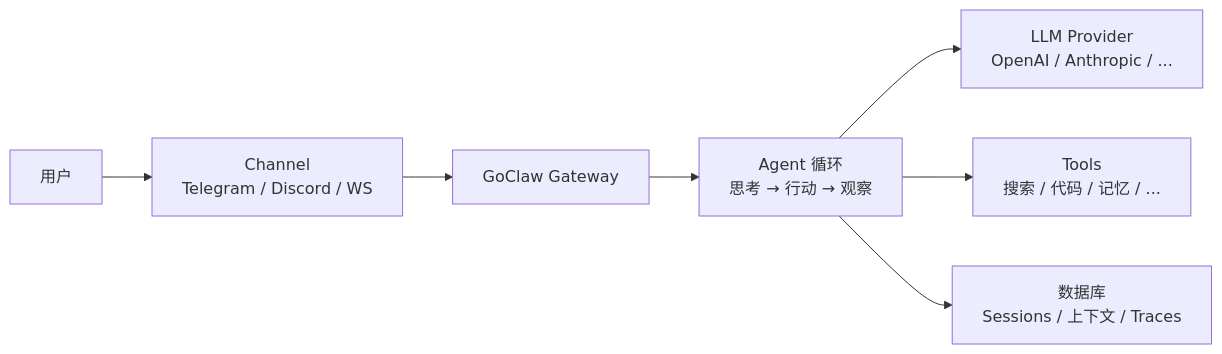
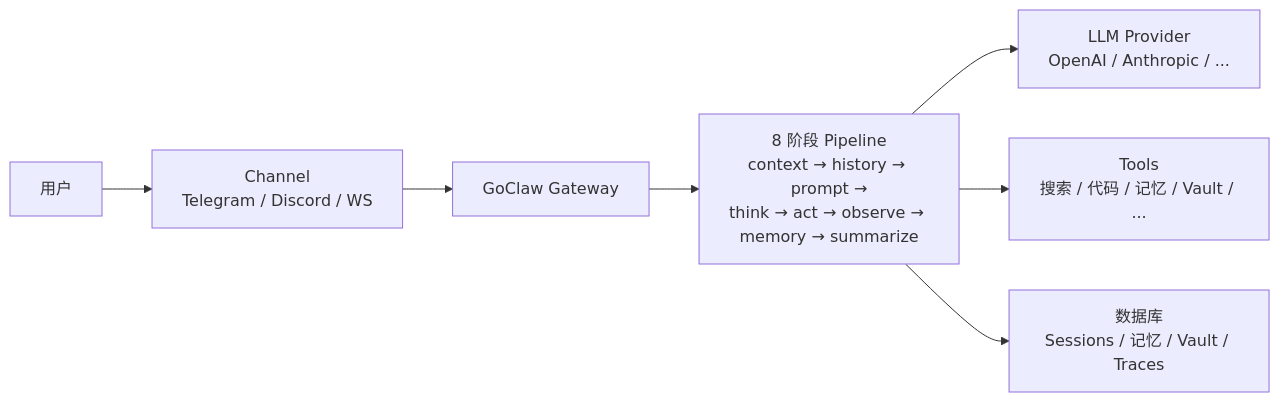
Before and after one commit to q1t-architect/goclaw-docs: the diagram in zh/getting-started/what-is-goclaw.md, drawn with Mermaid. The commit also changed other lines of this file and 367 other files, not shown here.

````diff
--- a/zh/getting-started/what-is-goclaw.md
+++ b/zh/getting-started/what-is-goclaw.md
@@ -44,9 +49,9 @@
 ```mermaid
 graph LR
     U[用户] --> C[Channel<br/>Telegram / Discord / WS]
     C --> G[GoClaw Gateway]
-    G --> A[Agent 循环<br/>思考 → 行动 → 观察]
-    A --> P[LLM Provider<br/>OpenAI / Anthropic / ...]
-    A --> T[Tools<br/>搜索 / 代码 / 记忆 / ...]
-    A --> D[数据库<br/>Sessions / 上下文 / Traces]
+    G --> PL[8 阶段 Pipeline<br/>context → history → prompt →<br/>think → act → observe → memory → summarize]
+    PL --> P[LLM Provider<br/>OpenAI / Anthropic / ...]
+    PL --> T[Tools<br/>搜索 / 代码 / 记忆 / Vault / ...]
+    PL --> D[数据库<br/>Sessions / 记忆 / Vault / Traces]
 ```
````
